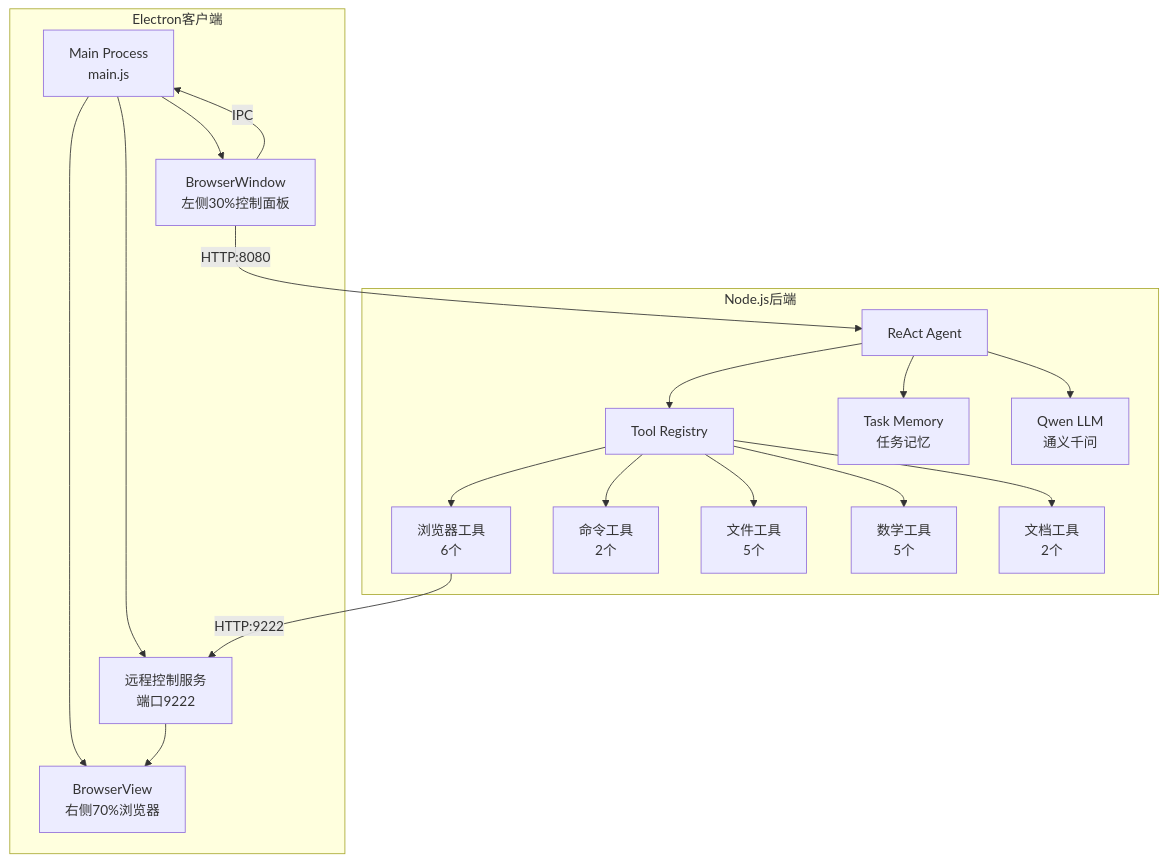
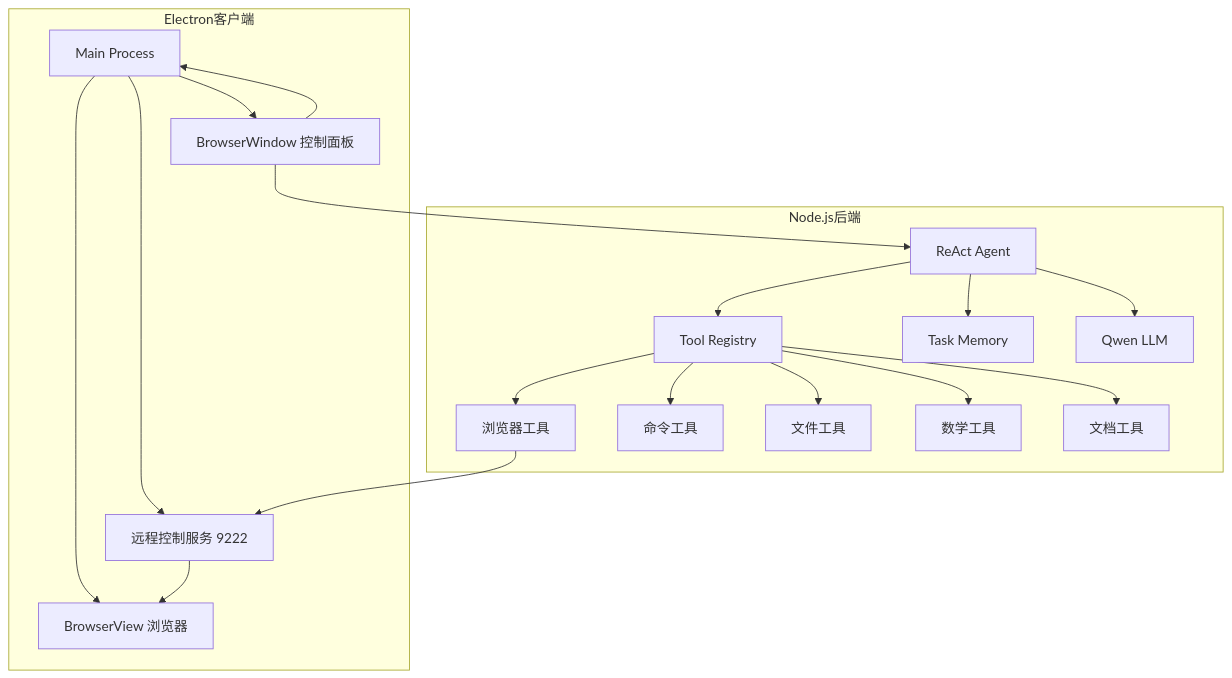
The diagram in electron-react-mcp/README.md (1018053166/ReActAgentDemo), drawn with Mermaid before and after one commit. The commit also changed 1 other file, not shown here.

Commit message:
fix: 简化 Mermaid 图表，移除 br 标签和复杂语法

````diff
--- a/electron-react-mcp/README.md
+++ b/electron-react-mcp/README.md
@@ -143,24 +143,22 @@
 ```mermaid
 graph TB
     subgraph Electron客户端
-        A[Main Process<br/>main.js] --> B[BrowserWindow<br/>左侧30%控制面板]
-        A --> C[BrowserView<br/>右侧70%浏览器]
-        A --> D[远程控制服务<br/>端口9222]
+        A[Main Process] --> B[BrowserWindow 控制面板]
+        A --> C[BrowserView 浏览器]
+        A --> D[远程控制服务 9222]
     end
-    
     subgraph Node.js后端
         E[ReAct Agent] --> F[Tool Registry]
-        F --> G[浏览器工具<br/>6个]
-        F --> H[命令工具<br/>2个]
-        F --> I[文件工具<br/>5个]
-        F --> J[数学工具<br/>5个]
-        F --> K[文档工具<br/>2个]
-        E --> L[Task Memory<br/>任务记忆]
-        E --> M[Qwen LLM<br/>通义千问]
+        F --> G[浏览器工具]
+        F --> H[命令工具]
+        F --> I[文件工具]
+        F --> J[数学工具]
+        F --> K[文档工具]
+        E --> L[Task Memory]
+        E --> M[Qwen LLM]
     end
-    
-    B -- IPC --> A
-    B -- HTTP:8080 --> E
-    G -- HTTP:9222 --> D
+    B --> A
+    B --> E
+    G --> D
     D --> C
 ```
````
